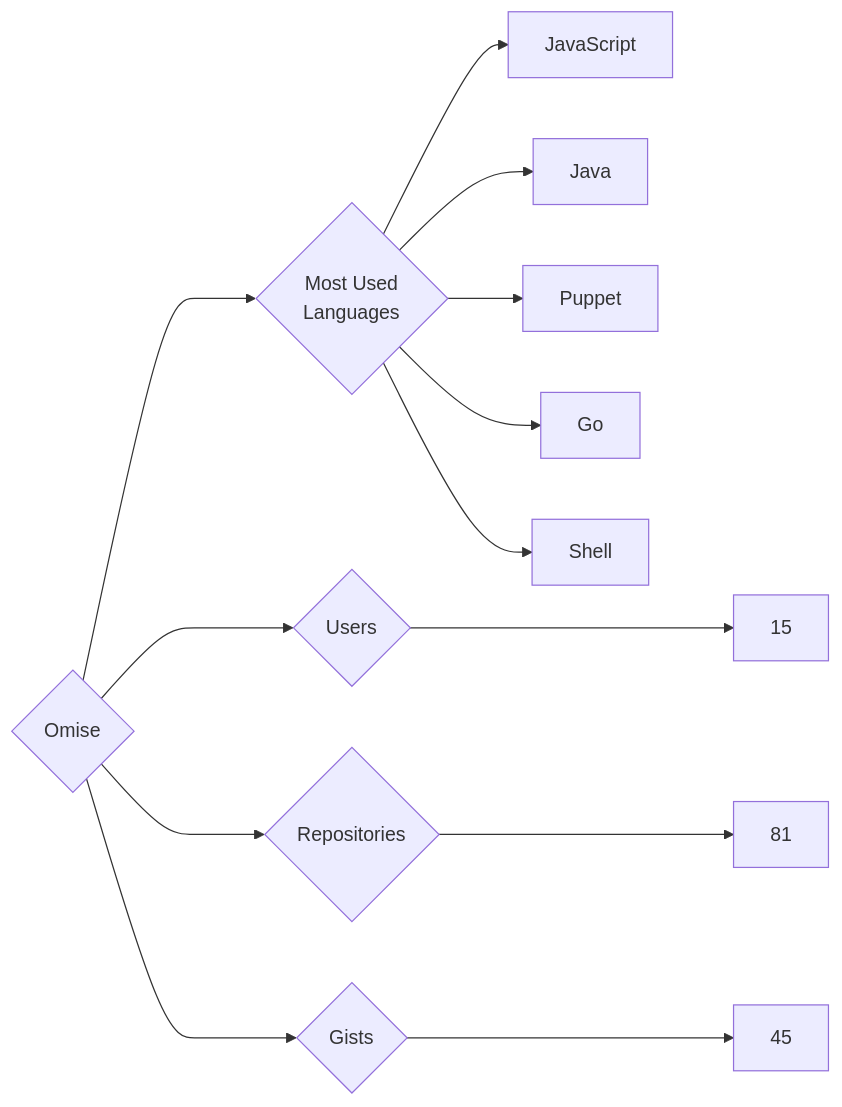
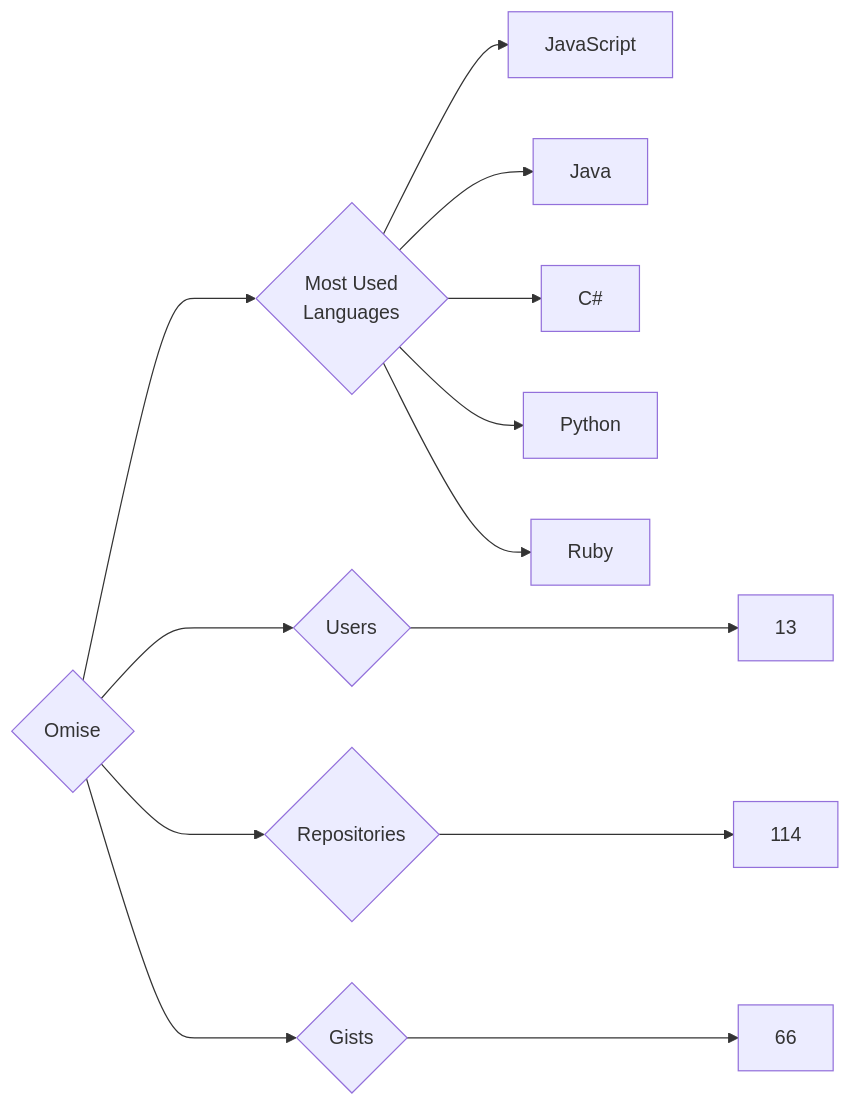
The diagram in targets/Omise/README.md (trickest/insiders), drawn with Mermaid before and after one commit. The commit also changed 1011 other files, not shown here.

````diff
--- a/targets/Omise/README.md
+++ b/targets/Omise/README.md
@@ -3,13 +3,13 @@
 ```mermaid
 graph LR
 COMPANY_NAME{Omise}
-COMPANY_NAME ---> U{Users} ---> UN[15]
-COMPANY_NAME ---> R{Repositories} ---> RN[81]
-COMPANY_NAME ---> G{Gists} ---> GN[45]
+COMPANY_NAME ---> U{Users} ---> UN[13]
+COMPANY_NAME ---> R{Repositories} ---> RN[114]
+COMPANY_NAME ---> G{Gists} ---> GN[66]
 COMPANY_NAME ---> ML{Most Used<br>Languages}
 ML --> JavaScript[JavaScript]
 ML --> Java[Java]
-ML --> Puppet[Puppet]
-ML --> Go[Go]
-ML --> Shell[Shell]
+ML --> C#[C#]
+ML --> Python[Python]
+ML --> Ruby[Ruby]
 ```
````
